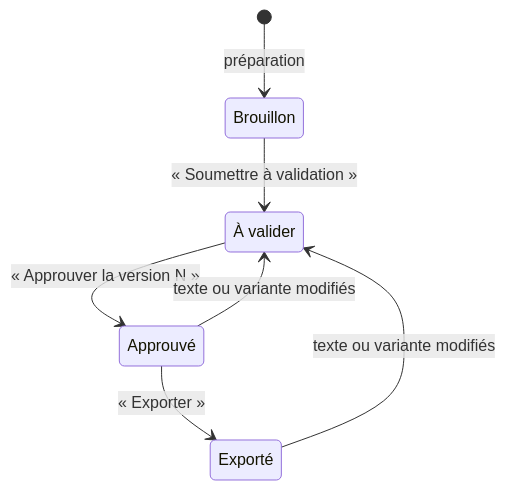
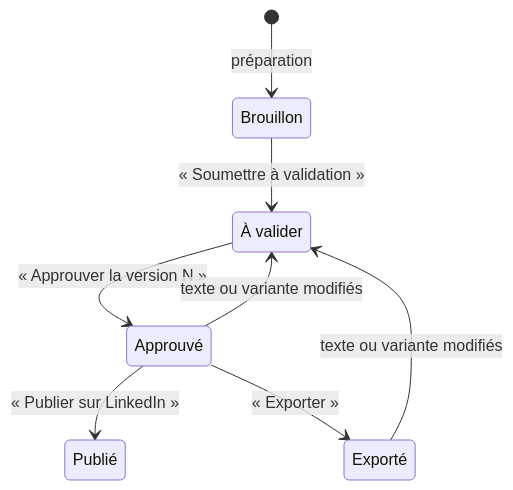
One commit to Makk7709/koraino changed the fourth of 5 diagrams in docs/08-guide-utilisateur.md. Above: the diagram before and after it, drawn with Mermaid. The commit also changed other lines of this file and 13 other files, not shown here.

````diff
--- a/docs/08-guide-utilisateur.md
+++ b/docs/08-guide-utilisateur.md
@@ -481,13 +503,15 @@
 ```mermaid
 stateDiagram-v2
     state "Brouillon" as brouillon
     state "À valider" as a_valider
     state "Approuvé" as approuve
     state "Exporté" as exporte
+    state "Publié" as publie
     [*] --> brouillon : préparation
     brouillon --> a_valider : « Soumettre à validation »
     a_valider --> approuve : « Approuver la version N »
+    approuve --> publie : « Publier sur LinkedIn »
     approuve --> exporte : « Exporter »
     approuve --> a_valider : texte ou variante modifiés
     exporte --> a_valider : texte ou variante modifiés
 ```
````
